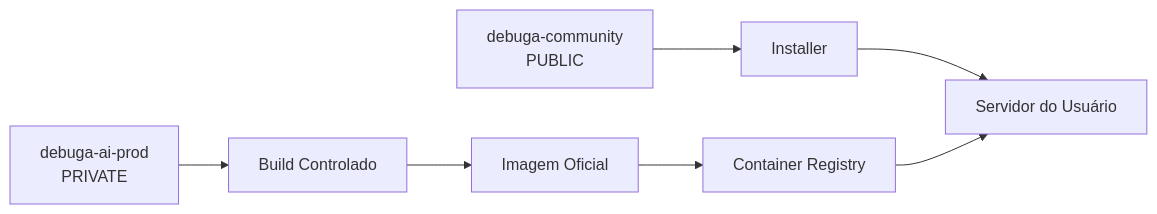
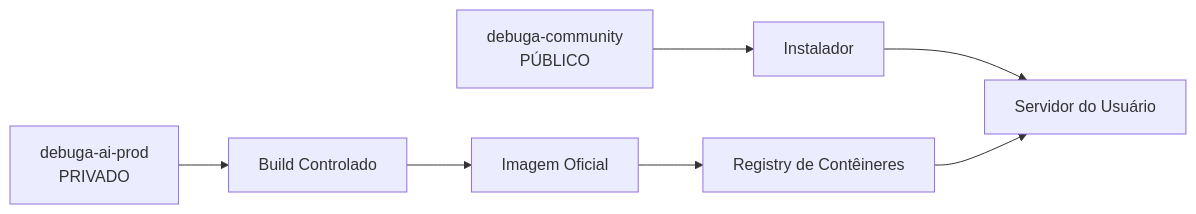
Before and after one commit to SperryTecnologia/debuga-community: the second of 6 diagrams in README.md, drawn with Mermaid. The commit also changed other lines of this file and 4 other files, not shown here.

````diff
--- a/README.md
+++ b/README.md
@@ -117,17 +127,17 @@
 ```mermaid
 flowchart LR
-    A["debuga-ai-prod<br/>PRIVATE"]
+    A["debuga-ai-prod<br/>PRIVADO"]
     B["Build Controlado"]
     C["Imagem Oficial"]
-    D["Container Registry"]
-    E["debuga-community<br/>PUBLIC"]
-    F["Installer"]
+    D["Registry de Contêineres"]
+    E["debuga-community<br/>PÚBLICO"]
+    F["Instalador"]
     G["Servidor do Usuário"]
 
     A --> B
     B --> C
     C --> D
     E --> F
     F --> G
     D --> G
 ```
````
